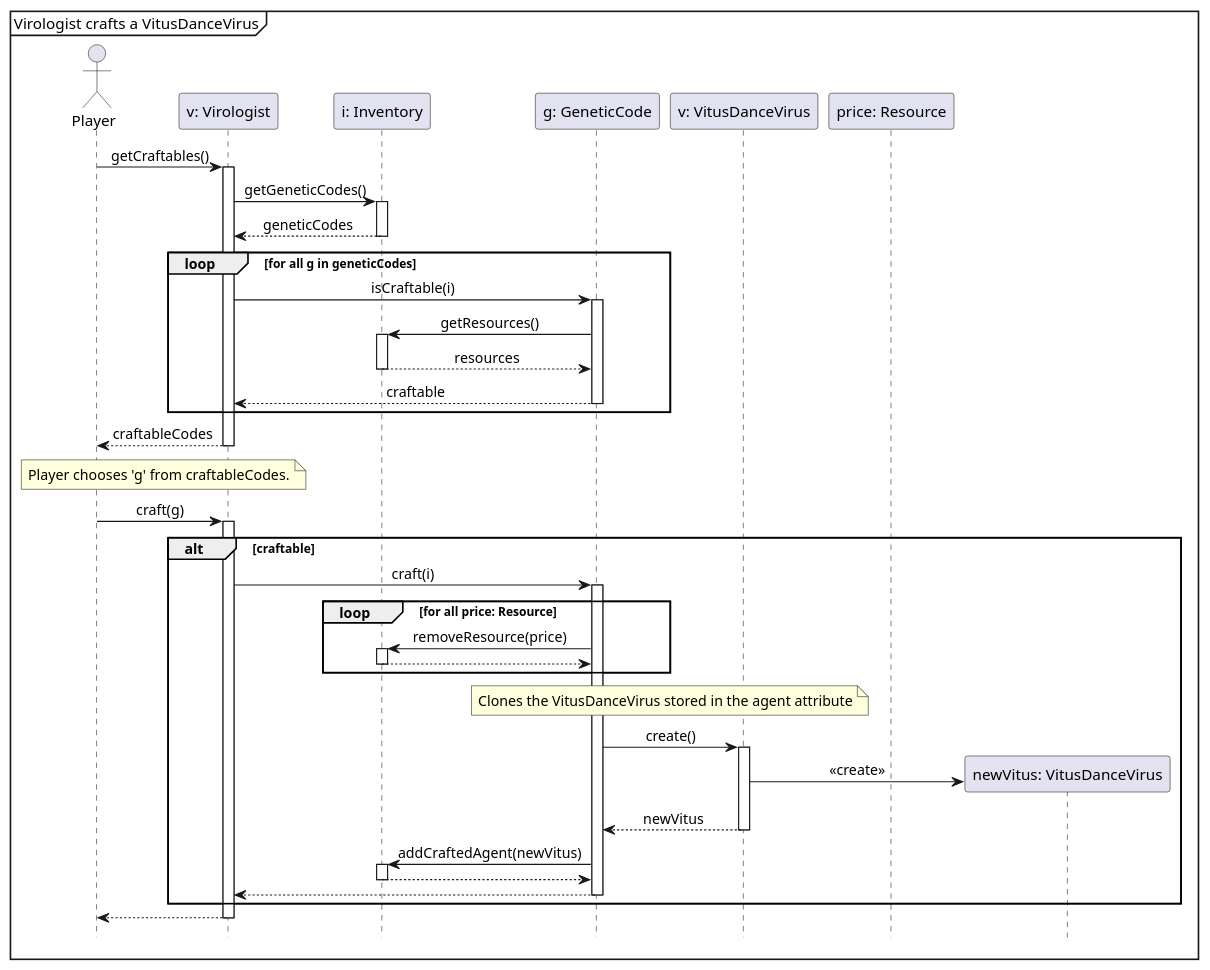
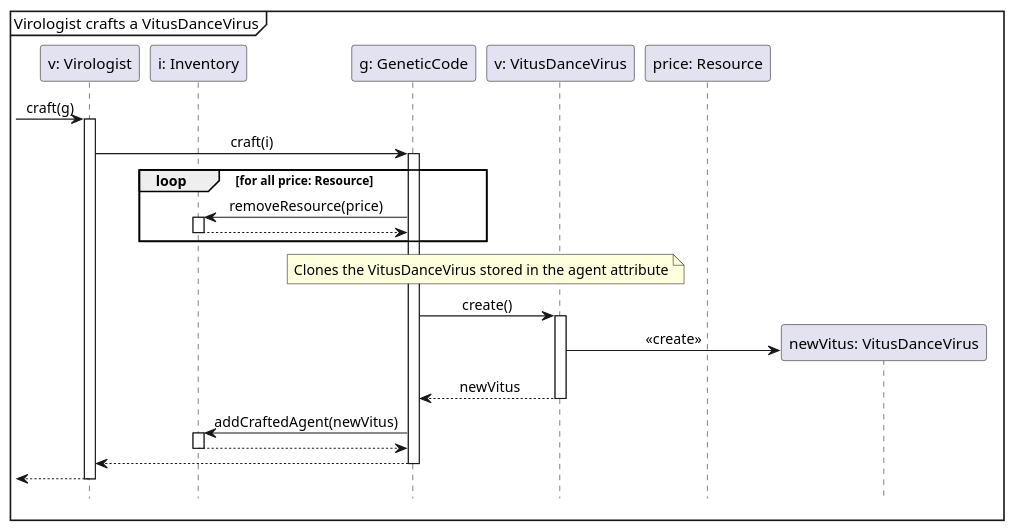
The diagram in docs/testCases/sequences/craftVitusDance.puml (Tschonti/503-service-unavailable), drawn with PlantUML before and after one commit. The commit also changed 7 other files, not shown here.

```diff
--- a/docs/testCases/sequences/craftVitusDance.puml
+++ b/docs/testCases/sequences/craftVitusDance.puml
@@ -1,47 +1,31 @@
 @startuml
 'https://plantuml.com/sequence-diagram
 
 hide footbox
 skinparam sequenceMessageAlign center
 
 mainframe  Virologist crafts a VitusDanceVirus
 
-actor Player as p
 participant "v: Virologist" as v
 participant "i: Inventory" as i
 participant "g: GeneticCode" as g
 participant "v: VitusDanceVirus" as v1
 participant "price: Resource"
 participant "newVitus: VitusDanceVirus" as v2
 
-p -> v ++ : getCraftables()
-    v -> i ++ : getGeneticCodes()
-    return geneticCodes
-
-    loop for all g in geneticCodes
-        v -> g ++ : isCraftable(i)
-            g -> i ++ : getResources()
-            return resources
-        return craftable
-    end
-return craftableCodes
-
-note over p,v: Player chooses 'g' from craftableCodes.
-p -> v ++ : craft(g)
-    alt craftable
+-> v ++ : craft(g)
         v -> g ++ : craft(i)
             loop for all price: Resource
                 g -> i ++ : removeResource(price)
                 return
             end
             note over g, v1 : Clones the VitusDanceVirus stored in the agent attribute
             g -> v1 ++ : create()
                 v1 -> v2 ** : <<create>>
             return newVitus
             g -> i ++ : addCraftedAgent(newVitus)
             return
         return
-    end
 return
 
 @enduml
```
